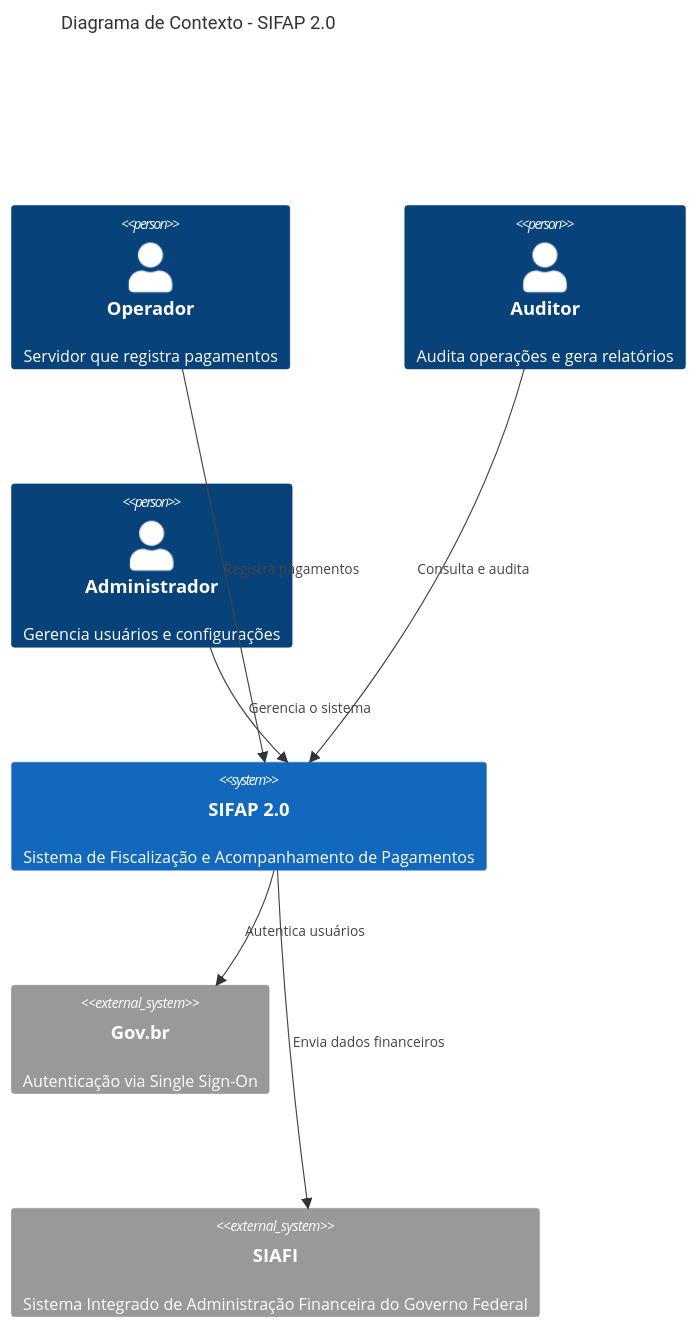
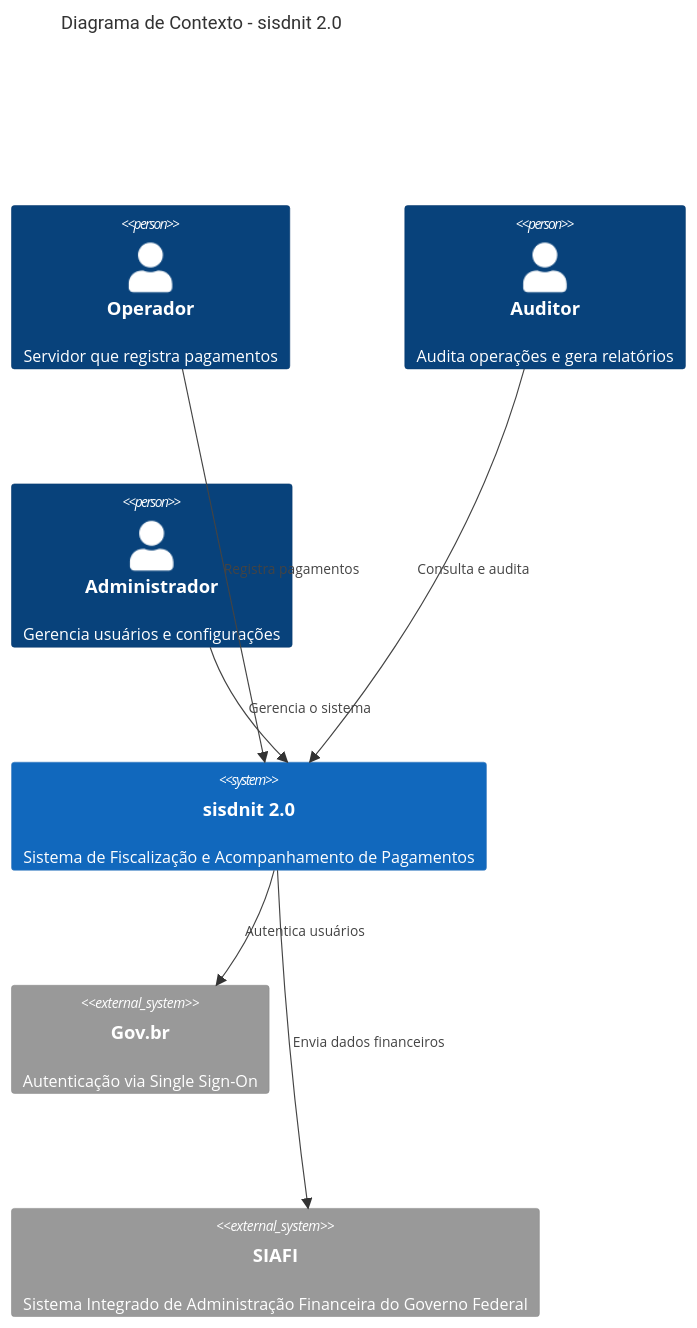
The first of 2 diagrams in 02-spec-moderna/GUIDE.md (serpro-sao-paulo/workshop-preto-01), drawn with Mermaid before and after one commit. The commit also changed other lines of this file and 258 other files, not shown here.

````diff
--- a/02-spec-moderna/GUIDE.md
+++ b/02-spec-moderna/GUIDE.md
@@ -311,19 +311,19 @@
 ```mermaid
 C4Context
- title Diagrama de Contexto - SIFAP 2.0
+ title Diagrama de Contexto - sisdnit 2.0
 
  Person(operator, "Operador", "Servidor que registra pagamentos")
  Person(auditor, "Auditor", "Audita operações e gera relatórios")
  Person(admin, "Administrador", "Gerencia usuários e configurações")
 
- System(sifap, "SIFAP 2.0", "Sistema de Fiscalização e Acompanhamento de Pagamentos")
+ System(sisdnit, "sisdnit 2.0", "Sistema de Fiscalização e Acompanhamento de Pagamentos")
 
  System_Ext(govbr, "Gov.br", "Autenticação via Single Sign-On")
  System_Ext(siafi, "SIAFI", "Sistema Integrado de Administração Financeira do Governo Federal")
 
- Rel(operator, sifap, "Registra pagamentos")
- Rel(auditor, sifap, "Consulta e audita")
- Rel(admin, sifap, "Gerencia o sistema")
- Rel(sifap, govbr, "Autentica usuários")
- Rel(sifap, siafi, "Envia dados financeiros")
+ Rel(operator, sisdnit, "Registra pagamentos")
+ Rel(auditor, sisdnit, "Consulta e audita")
+ Rel(admin, sisdnit, "Gerencia o sistema")
+ Rel(sisdnit, govbr, "Autentica usuários")
+ Rel(sisdnit, siafi, "Envia dados financeiros")
 ```
````
